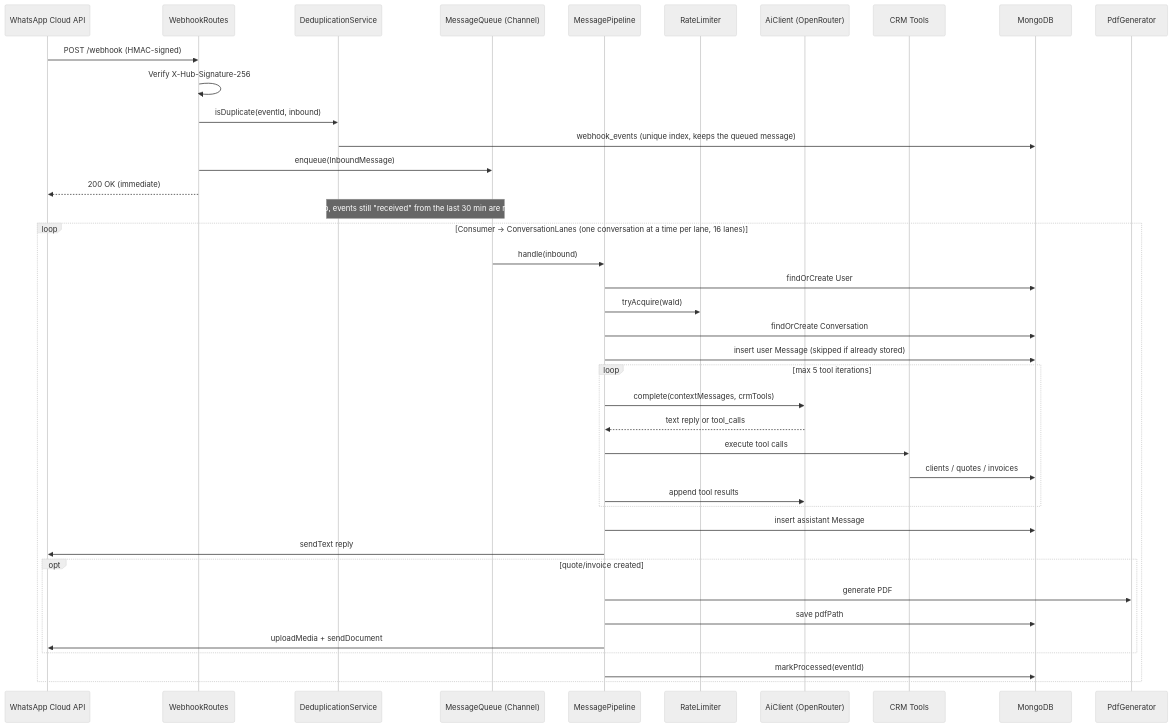
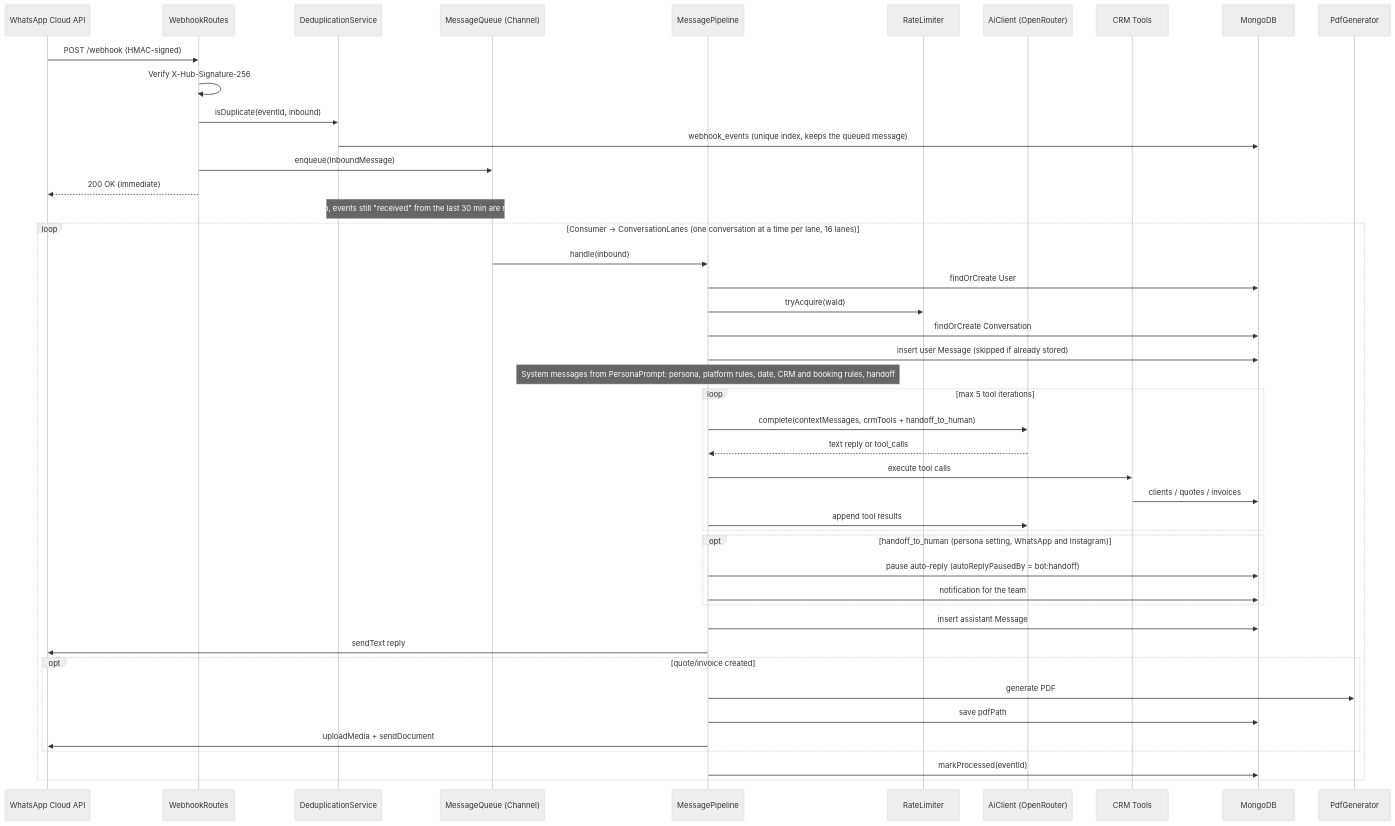
Before and after one commit to rfm-9300/rfm-edubot: the first of 13 diagrams in docs/architecture.md, drawn with Mermaid (neutral theme). The commit also changed other lines of this file and 1 other file, not shown here.

First line of the commit message:
Document the persona: data, synthesis, prompt, history and handoff

````diff
--- a/docs/architecture.md
+++ b/docs/architecture.md
@@ -9,44 +9,49 @@
 ```mermaid
 sequenceDiagram
     participant WA as WhatsApp Cloud API
     participant W as WebhookRoutes
     participant D as DeduplicationService
     participant Q as MessageQueue (Channel)
     participant P as MessagePipeline
     participant R as RateLimiter
     participant AI as AiClient (OpenRouter)
     participant CRM as CRM Tools
     participant DB as MongoDB
     participant PDF as PdfGenerator
 
     WA->>W: POST /webhook (HMAC-signed)
     W->>W: Verify X-Hub-Signature-256
     W->>D: isDuplicate(eventId, inbound)
     D->>DB: webhook_events (unique index, keeps the queued message)
     W->>Q: enqueue(InboundMessage)
     W-->>WA: 200 OK (immediate)
     Note over D,Q: On startup, events still "received" from the last 30 min are re-queued
 
     loop Consumer → ConversationLanes (one conversation at a time per lane, 16 lanes)
         Q->>P: handle(inbound)
         P->>DB: findOrCreate User
         P->>R: tryAcquire(waId)
         P->>DB: findOrCreate Conversation
         P->>DB: insert user Message (skipped if already stored)
+        Note over P: System messages from PersonaPrompt: persona, platform rules, date, CRM and booking rules, handoff
         loop max 5 tool iterations
-            P->>AI: complete(contextMessages, crmTools)
+            P->>AI: complete(contextMessages, crmTools + handoff_to_human)
             AI-->>P: text reply or tool_calls
             P->>CRM: execute tool calls
             CRM->>DB: clients / quotes / invoices
             P->>AI: append tool results
+        end
+        opt handoff_to_human (persona setting, WhatsApp and Instagram)
+            P->>DB: pause auto-reply (autoReplyPausedBy = bot:handoff)
+            P->>DB: notification for the team
         end
         P->>DB: insert assistant Message
         P->>WA: sendText reply
         opt quote/invoice created
             P->>PDF: generate PDF
             P->>DB: save pdfPath
             P->>WA: uploadMedia + sendDocument
         end
         P->>DB: markProcessed(eventId)
     end
 ```
````
